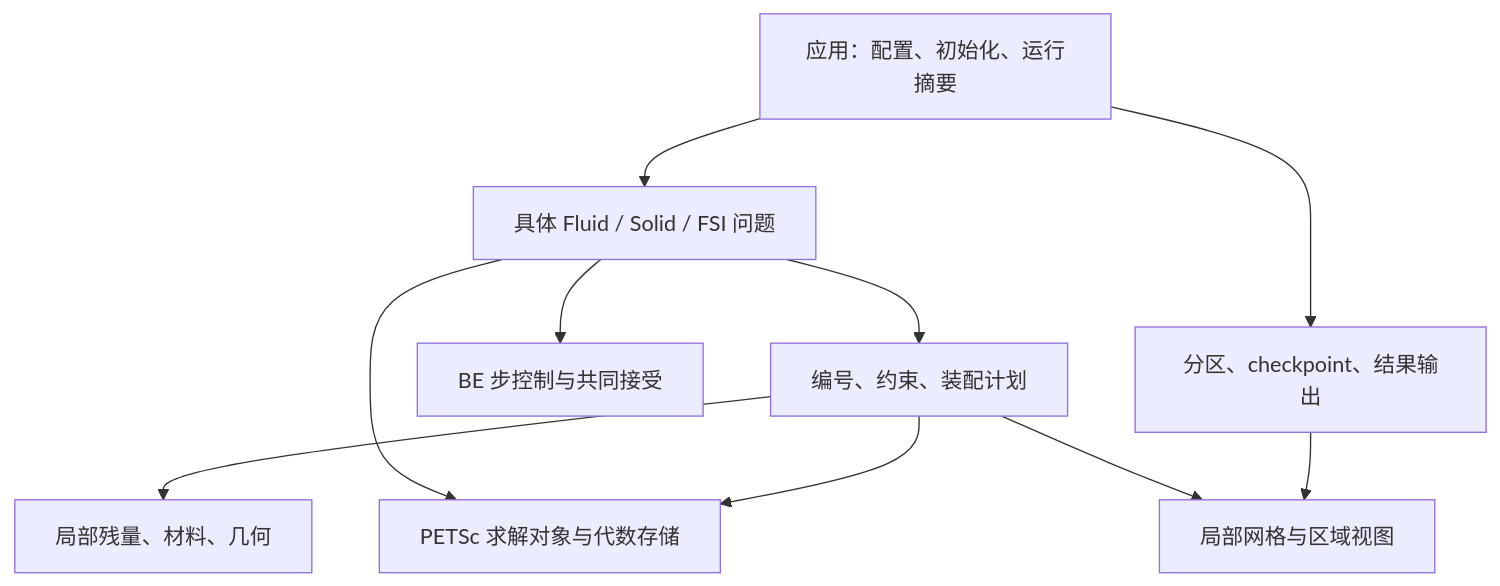
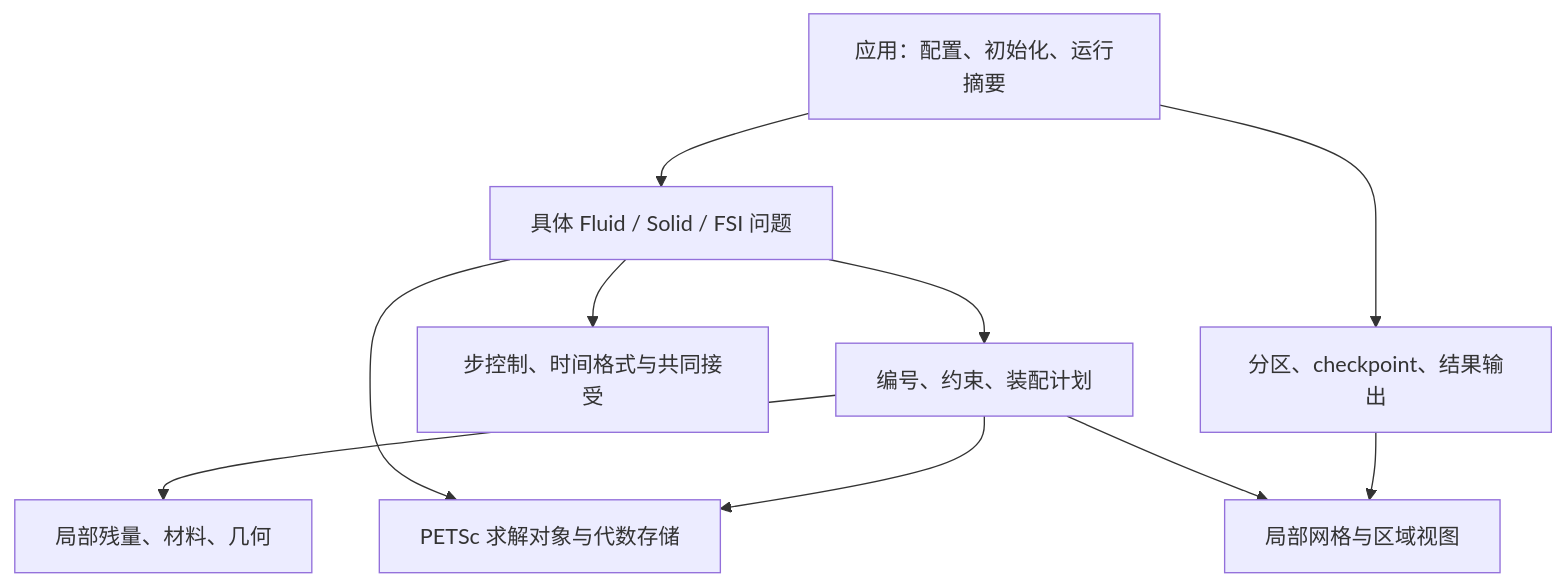
The first of 2 diagrams in docs/architecture/EONSIM_NEXT_STAGE_DESIGN.md (saitoasukakawaii/EONSim-new), drawn with Mermaid before and after one commit. The commit also changed other lines of this file and 47 other files, not shown here.

````diff
--- a/docs/architecture/EONSIM_NEXT_STAGE_DESIGN.md
+++ b/docs/architecture/EONSIM_NEXT_STAGE_DESIGN.md
@@ -42,12 +44,12 @@
 ```mermaid
 flowchart TD
     App[应用：配置、初始化、运行摘要] --> Problem[具体 Fluid / Solid / FSI 问题]
     App --> IO[分区、checkpoint、结果输出]
-    Problem --> Time[BE 步控制与共同接受]
+    Problem --> Time[步控制、时间格式与共同接受]
     Problem --> Assembly[编号、约束、装配计划]
     Problem --> Solver[PETSc 求解对象与代数存储]
     Assembly --> Kernel[局部残量、材料、几何]
     Assembly --> Solver
     Assembly --> Mesh[局部网格与区域视图]
     IO --> Mesh
 ```
````
